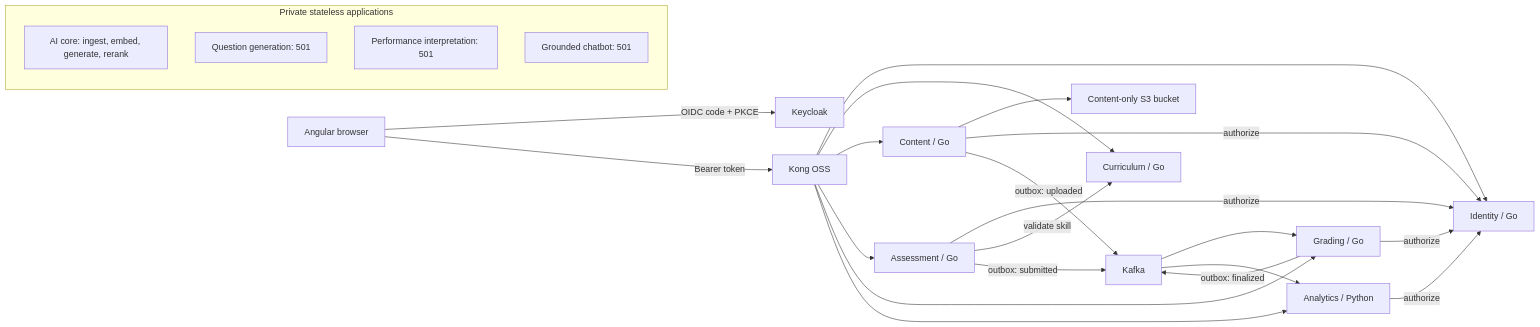
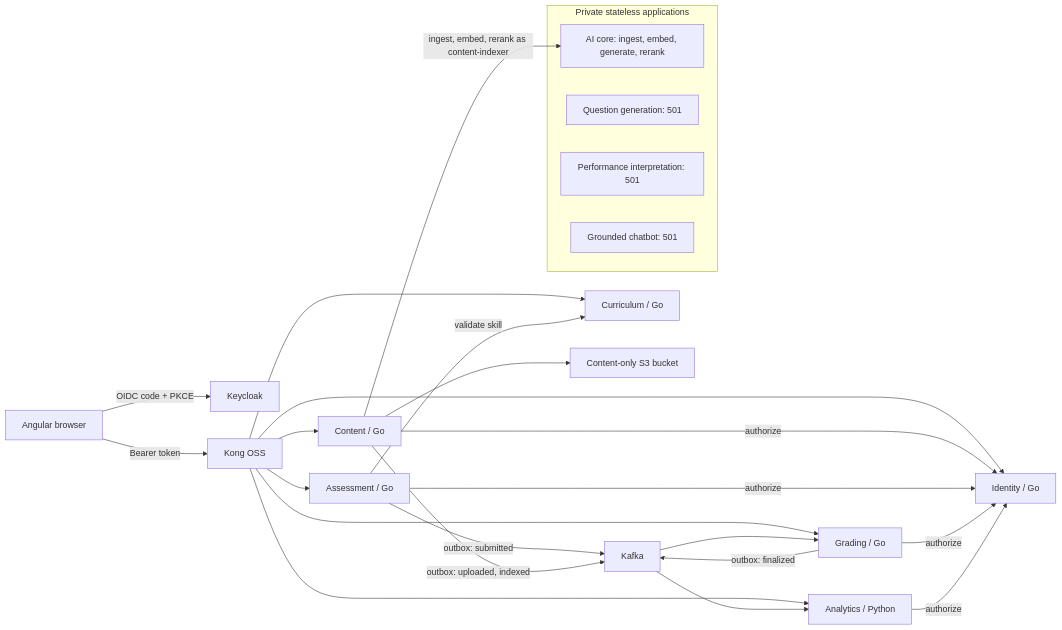
One commit to Naren3333/FSD_2026 changed the first of 2 diagrams in docs/architecture/system.md. Above: the diagram before and after it, drawn with Mermaid. The commit also changed other lines of this file and 22 other files, not shown here.

First line of the commit message:
Index uploaded PDFs and add search to Content

````diff
--- a/docs/architecture/system.md
+++ b/docs/architecture/system.md
@@ -3,28 +3,29 @@
 ```mermaid
 flowchart LR
   Browser[Angular browser] -->|OIDC code + PKCE| Keycloak
   Browser -->|Bearer token| Kong[Kong OSS]
   Kong --> Identity[Identity / Go]
   Kong --> Curriculum[Curriculum / Go]
   Kong --> Content[Content / Go]
   Kong --> Assessment[Assessment / Go]
   Kong --> Grading[Grading / Go]
   Kong --> Analytics[Analytics / Python]
   Content --> S3[Content-only S3 bucket]
   Content -->|authorize| Identity
   Assessment -->|authorize| Identity
   Assessment -->|validate skill| Curriculum
   Grading -->|authorize| Identity
   Analytics -->|authorize| Identity
   Assessment -->|outbox: submitted| Kafka
   Kafka --> Grading
   Grading -->|outbox: finalized| Kafka
   Kafka --> Analytics
-  Content -->|outbox: uploaded| Kafka
+  Content -->|outbox: uploaded, indexed| Kafka
+  Content -->|ingest, embed, rerank as content-indexer| AI
   subgraph Private stateless applications
     AI[AI core: ingest, embed, generate, rerank]
     QG[Question generation: 501]
     SP[Performance interpretation: 501]
     QC[Grounded chatbot: 501]
   end
 ```
````
